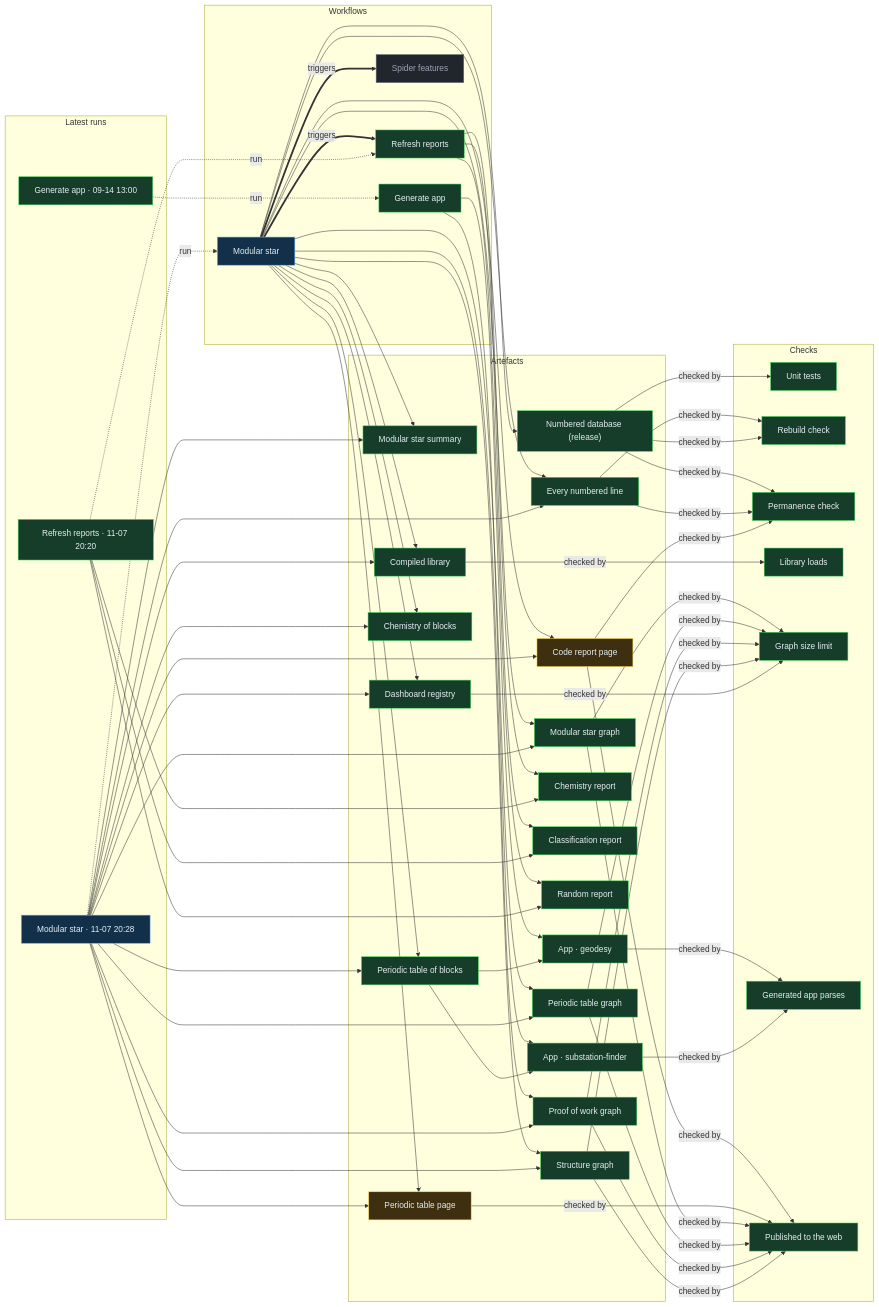
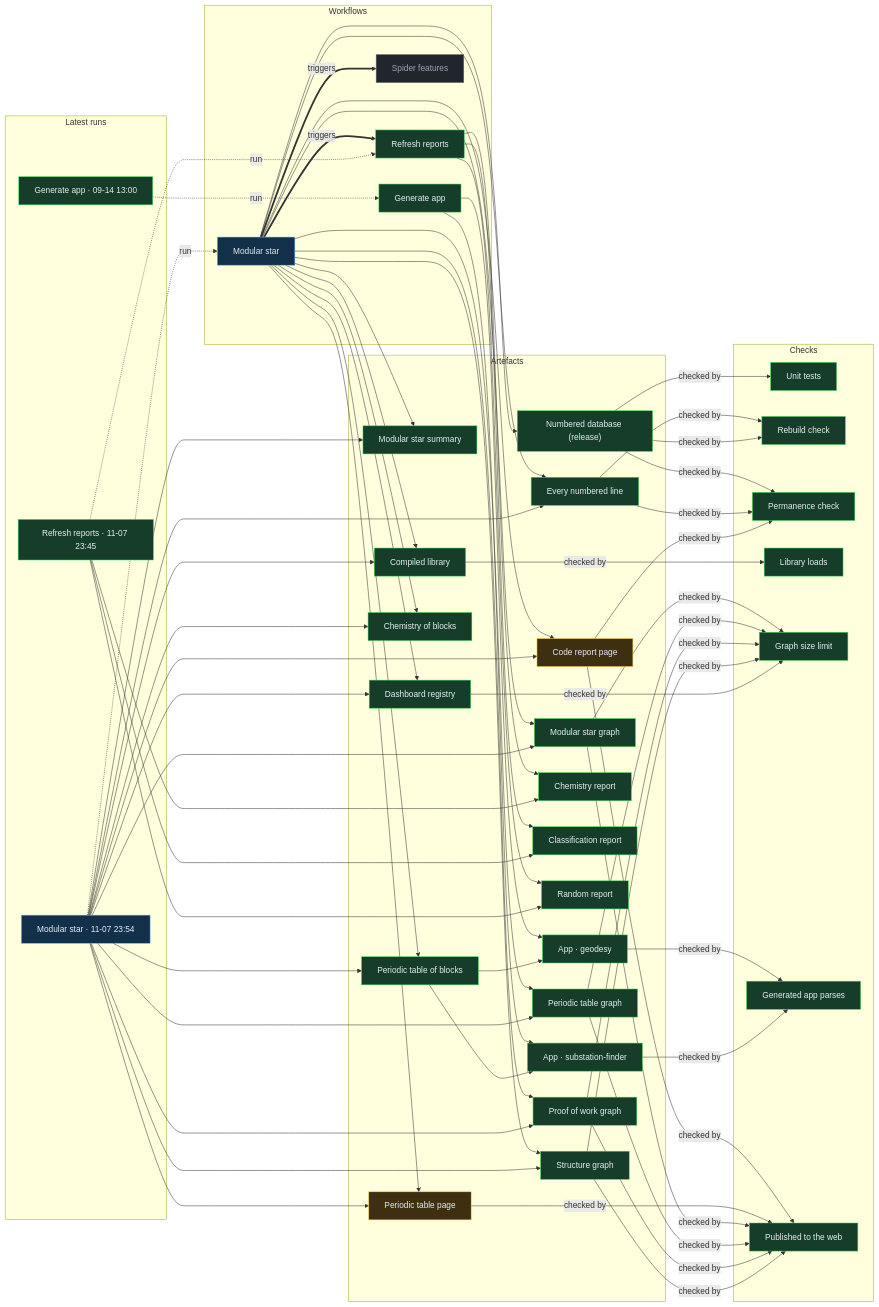
The diagram in proof/PROOF.md (Ventusltd/stars), drawn with Mermaid before and after one commit. The commit also changed other lines of this file and 154 other files, not shown here.

Commit message:
Modular star 2026-11-07T23:57Z

```diff
--- a/proof/PROOF.md
+++ b/proof/PROOF.md
@@ -24,8 +24,8 @@
   n_wf_spider_features["Spider features"]:::off
   end
   subgraph g_runs["Latest runs"]
-  n_run_42411190799["Modular star · 11-07 20:28"]:::live
-  n_run_42410571299["Refresh reports · 11-07 20:20"]:::ok
+  n_run_42427373544["Modular star · 11-07 23:54"]:::live
+  n_run_42426654386["Refresh reports · 11-07 23:45"]:::ok
   n_run_34846587798["Generate app · 09-14 13:00"]:::ok
   end
   subgraph g_artefacts["Artefacts"]
@@ -59,39 +59,39 @@
   end
   n_wf_modular_star == triggers ==> n_wf_refresh
   n_wf_modular_star == triggers ==> n_wf_spider_features
-  n_run_42411190799 -. run .-> n_wf_modular_star
-  n_run_42410571299 -. run .-> n_wf_refresh
+  n_run_42427373544 -. run .-> n_wf_modular_star
+  n_run_42426654386 -. run .-> n_wf_refresh
   n_run_34846587798 -. run .-> n_wf_generate
   n_wf_modular_star --> n_art_summary
-  n_run_42411190799 --> n_art_summary
+  n_run_42427373544 --> n_art_summary
   n_wf_modular_star --> n_art_lines
-  n_run_42411190799 --> n_art_lines
+  n_run_42427373544 --> n_art_lines
   n_wf_modular_star --> n_art_code
-  n_run_42411190799 --> n_art_code
+  n_run_42427373544 --> n_art_code
   n_wf_modular_star --> n_art_modular_graph
-  n_run_42411190799 --> n_art_modular_graph
+  n_run_42427373544 --> n_art_modular_graph
   n_wf_modular_star --> n_art_blocks
-  n_run_42411190799 --> n_art_blocks
+  n_run_42427373544 --> n_art_blocks
   n_wf_modular_star --> n_art_table
-  n_run_42411190799 --> n_art_table
+  n_run_42427373544 --> n_art_table
   n_wf_modular_star --> n_art_blocks_graph
-  n_run_42411190799 --> n_art_blocks_graph
+  n_run_42427373544 --> n_art_blocks_graph
   n_wf_modular_star --> n_art_reactions
-  n_run_42411190799 --> n_art_reactions
+  n_run_42427373544 --> n_art_reactions
   n_wf_modular_star --> n_art_library
-  n_run_42411190799 --> n_art_library
+  n_run_42427373544 --> n_art_library
   n_wf_modular_star --> n_art_features
-  n_run_42411190799 --> n_art_features
+  n_run_42427373544 --> n_art_features
   n_wf_modular_star --> n_art_proof
-  n_run_42411190799 --> n_art_proof
+  n_run_42427373544 --> n_art_proof
   n_wf_modular_star --> n_art_structure
-  n_run_42411190799 --> n_art_structure
+  n_run_42427373544 --> n_art_structure
   n_wf_refresh --> n_art_chemistry
-  n_run_42410571299 --> n_art_chemistry
+  n_run_42426654386 --> n_art_chemistry
   n_wf_refresh --> n_art_vedic
-  n_run_42410571299 --> n_art_vedic
+  n_run_42426654386 --> n_art_vedic
   n_wf_refresh --> n_art_random
-  n_run_42410571299 --> n_art_random
+  n_run_42426654386 --> n_art_random
   n_wf_modular_star --> n_art_release
   n_wf_generate --> n_app_geodesy
   n_art_blocks --> n_app_geodesy
```
